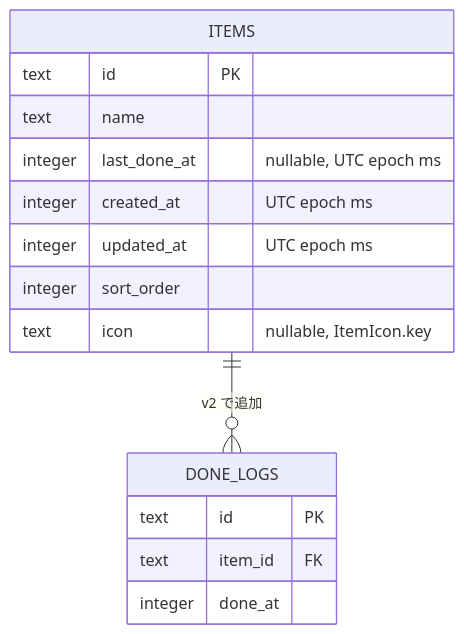
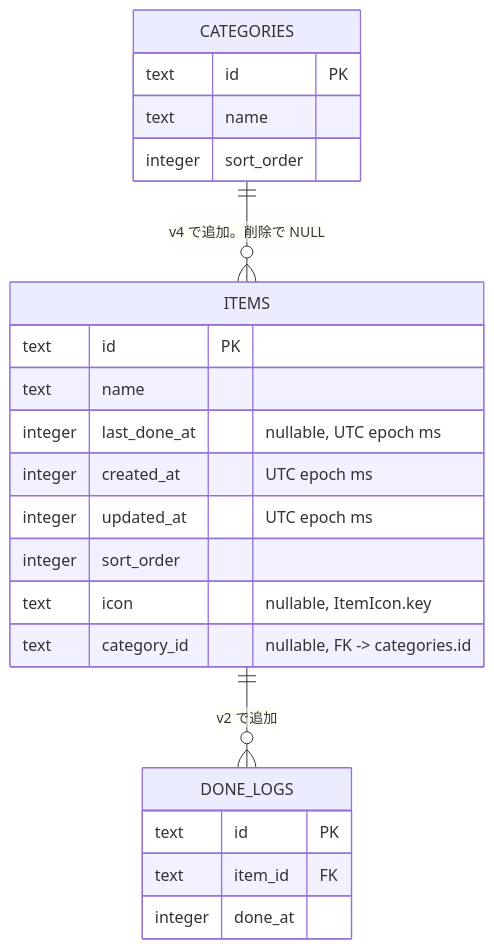
One commit to fuji18/lastwhen changed the second of 5 diagrams in docs/functional-design.md. Above: the diagram before and after it, drawn with Mermaid. The commit also changed other lines of this file and 4 other files, not shown here.

````diff
--- a/docs/functional-design.md
+++ b/docs/functional-design.md
@@ -84,18 +101,25 @@
 ```mermaid
 erDiagram
     ITEMS {
         text id PK
         text name
         integer last_done_at "nullable, UTC epoch ms"
         integer created_at "UTC epoch ms"
         integer updated_at "UTC epoch ms"
         integer sort_order
         text icon "nullable, ItemIcon.key"
+        text category_id "nullable, FK -> categories.id"
     }
     DONE_LOGS {
         text id PK
         text item_id FK
         integer done_at
     }
+    CATEGORIES {
+        text id PK
+        text name
+        integer sort_order
+    }
     ITEMS ||--o{ DONE_LOGS : "v2 で追加"
+    CATEGORIES ||--o{ ITEMS : "v4 で追加。削除で NULL"
 ```
````
